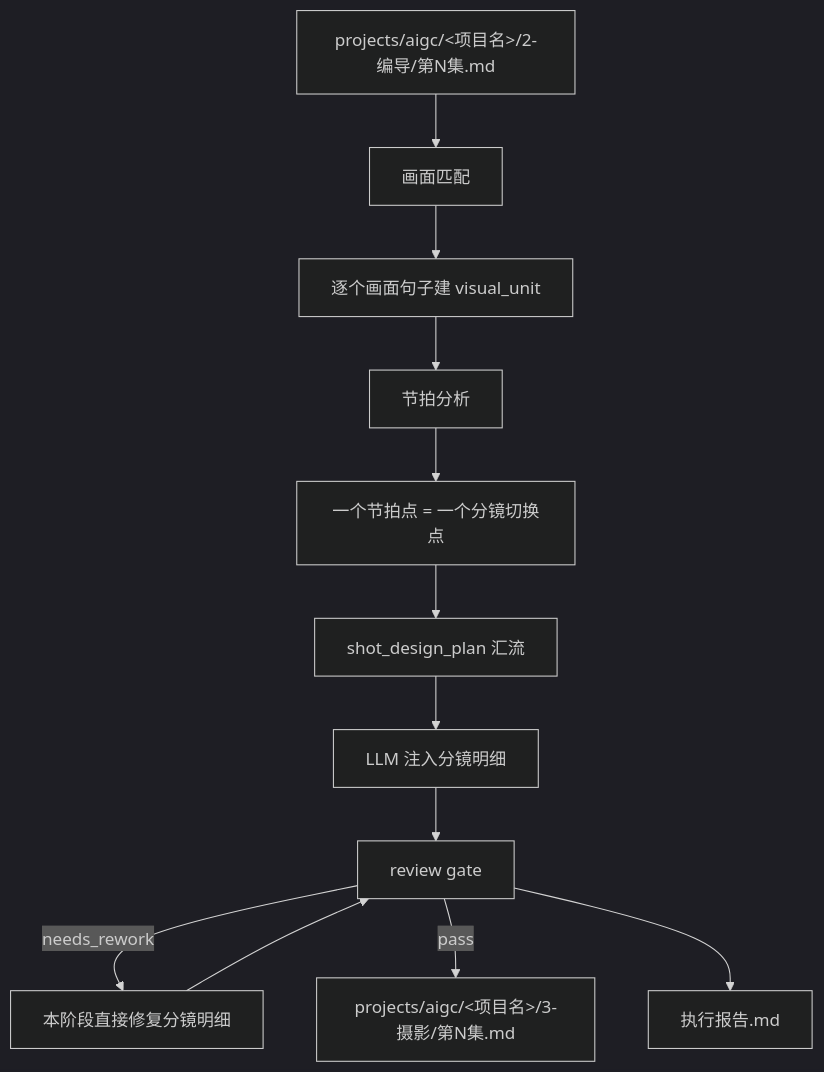
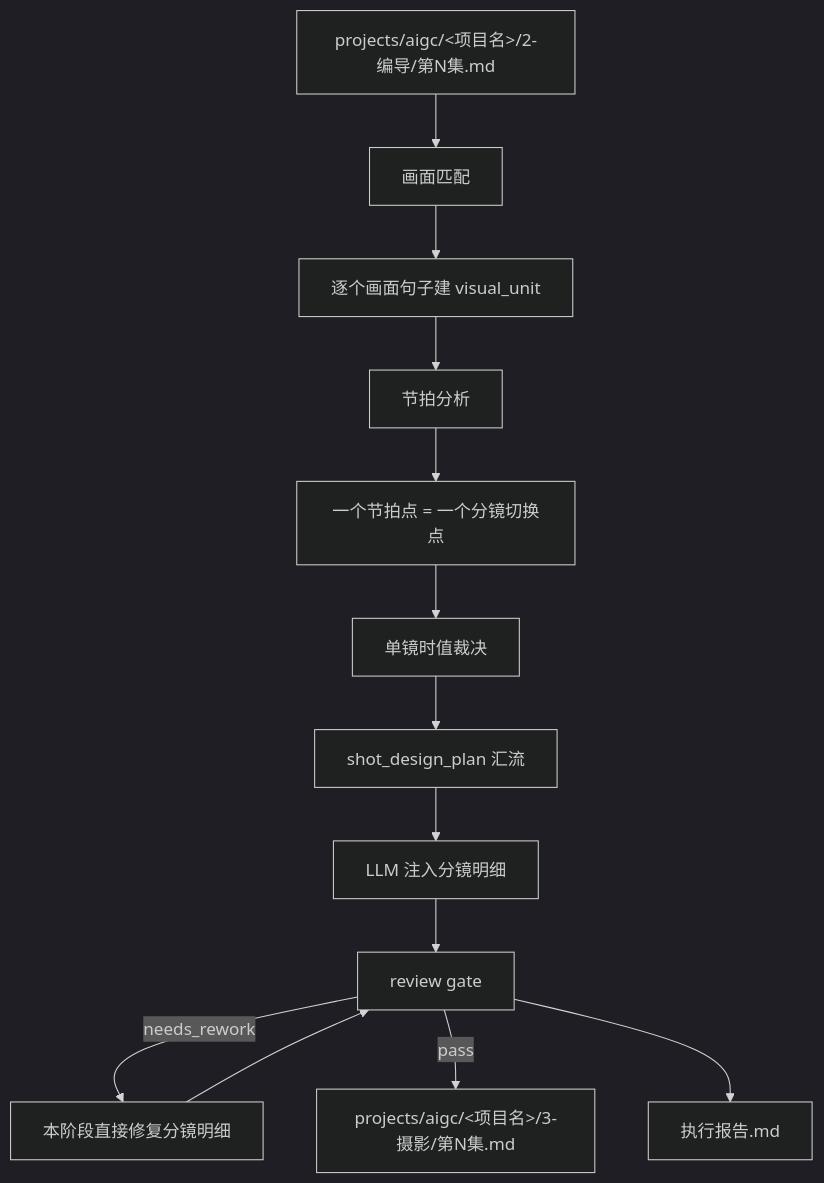
Before and after one commit to ZEN-VOID/AI-CUT: the first of 2 diagrams in .agents/skills/aigc/3-摄影/SKILL.md, drawn with Mermaid (dark theme). The commit also changed other lines of this file and 33 other files, not shown here.

````diff
--- a/.agents/skills/aigc/3-摄影/SKILL.md
+++ b/.agents/skills/aigc/3-摄影/SKILL.md
@@ -113,14 +114,15 @@
 ```mermaid
 flowchart TD
     A["projects/aigc/<项目名>/2-编导/第N集.md"] --> B["画面匹配"]
     B --> C["逐个画面句子建 visual_unit"]
     C --> D["节拍分析"]
     D --> E["一个节拍点 = 一个分镜切换点"]
-    E --> P["shot_design_plan 汇流"]
+    E --> T["单镜时值裁决"]
+    T --> P["shot_design_plan 汇流"]
     P --> F["LLM 注入分镜明细"]
     F --> G["review gate"]
     G -->|"needs_rework"| R["本阶段直接修复分镜明细"]
     R --> G
     G -->|"pass"| H["projects/aigc/<项目名>/3-摄影/第N集.md"]
     G --> I["执行报告.md"]
 ```
````
